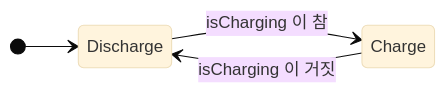
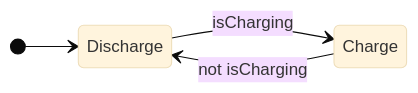
One commit to genie4youu/genie4youu.github.io changed the diagram in _posts/2026-07-14-01-why-state-machine.md. Above: the diagram before and after it, drawn with Mermaid (base theme). The commit also changed other lines of this file and 13 other files, not shown here.

First line of the commit message:
﻿전면 손질: 제목 변경, AI 티 나는 표현 제거, 다이어그램 재작성

````diff
--- a/_posts/2026-07-14-01-why-state-machine.md
+++ b/_posts/2026-07-14-01-why-state-machine.md
@@ -115,7 +91,7 @@
 ```mermaid
 stateDiagram-v2
     direction LR
     [*] --> Discharge
-    Charge --> Discharge : isCharging 이 거짓
-    Discharge --> Charge : isCharging 이 참
+    Discharge --> Charge : isCharging
+    Charge --> Discharge : not isCharging
 ```
````
